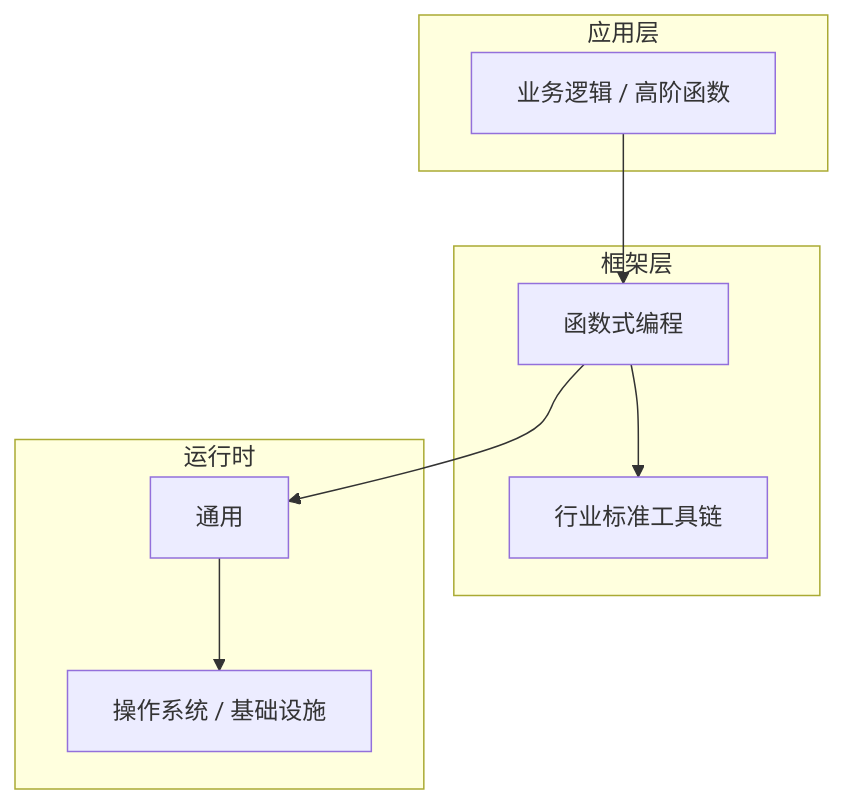
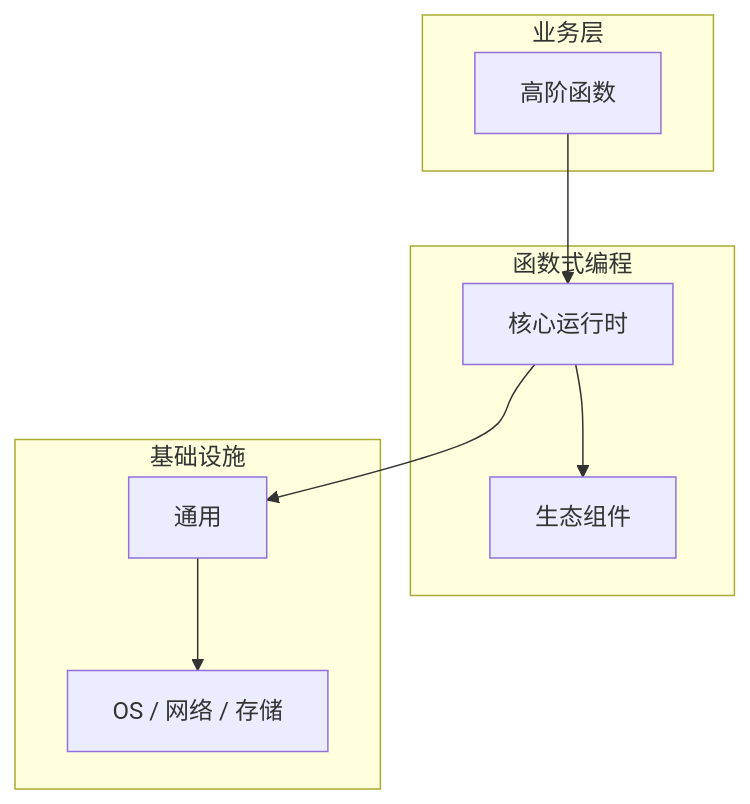
The diagram in articles/函数式编程/chapters/019-高阶函数核心概念与原理.md (yanggan2015/knowledge-json-v2), drawn with Mermaid before and after one commit. The commit also changed other lines of this file and 10127 other files, not shown here.

````diff
--- a/articles/函数式编程/chapters/019-高阶函数核心概念与原理.md
+++ b/articles/函数式编程/chapters/019-高阶函数核心概念与原理.md
@@ -45,18 +34,18 @@
 ```mermaid
 graph TB
-    subgraph 应用层
-        A[业务逻辑 / 高阶函数]
+    subgraph 业务层
+        A[高阶函数]
     end
-    subgraph 框架层
-        B[函数式编程]
-        C[行业标准工具链]
+    subgraph 函数式编程
+        B[核心运行时]
+        C[生态组件]
     end
-    subgraph 运行时
+    subgraph 基础设施
         D[通用]
-        E[操作系统 / 基础设施]
+        E[OS / 网络 / 存储]
     end
     A --> B
     B --> C
     B --> D
     D --> E
 ```
````
